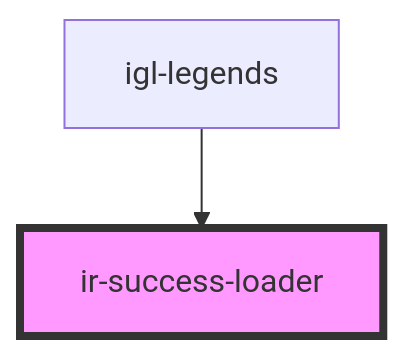
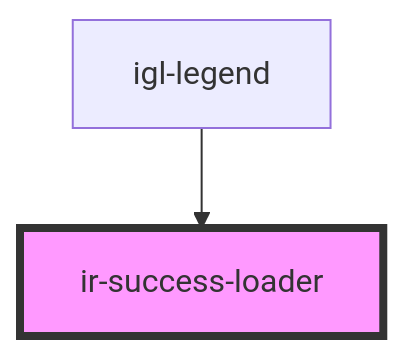
Before and after one commit to RonyRizk/ir-webcmp: the diagram in src/components/ui/ir-success-loader/readme.md, drawn with Mermaid. The commit also changed other lines of this file and 88 other files, not shown here.

````diff
--- a/src/components/ui/ir-success-loader/readme.md
+++ b/src/components/ui/ir-success-loader/readme.md
@@ -39,5 +39,5 @@
 ```mermaid
 graph TD;
-  igl-legends --> ir-success-loader
+  igl-legend --> ir-success-loader
   style ir-success-loader fill:#f9f,stroke:#333,stroke-width:4px
 ```
````
